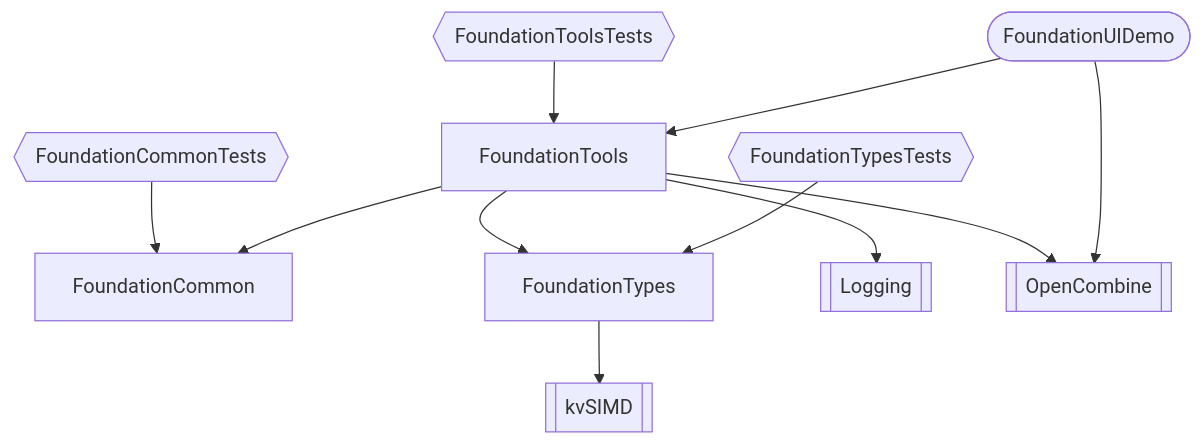
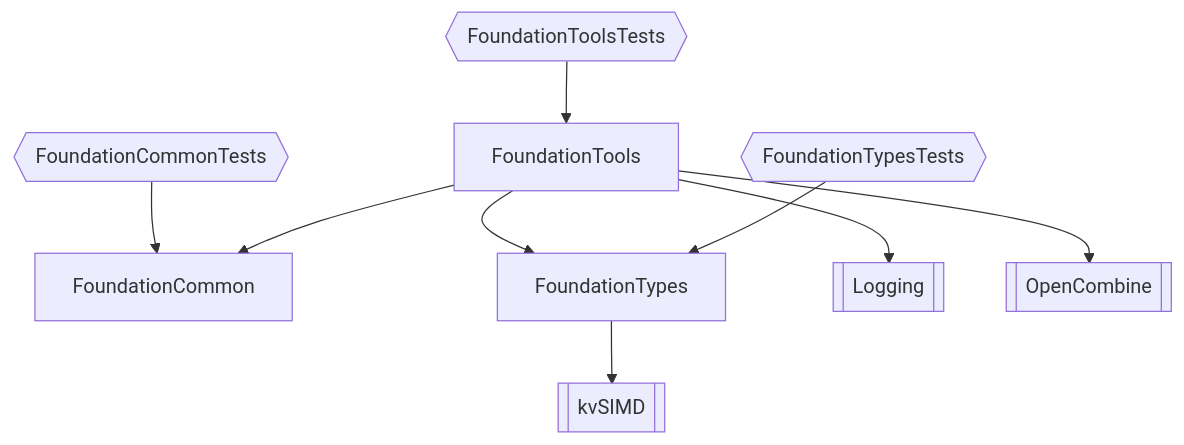
The diagram in readme.md (kopecn/spmFoundationTools), drawn with Mermaid before and after one commit. The commit also changed 8 other files, not shown here.

````diff
--- a/readme.md
+++ b/readme.md
@@ -8,14 +8,12 @@
 ```mermaid
 flowchart TD
     FoundationCommon
     FoundationCommonTests{{FoundationCommonTests}}-->FoundationCommon
     FoundationTools-->FoundationCommon
     FoundationTools-->FoundationTypes
     FoundationTools-->Logging[[Logging]]
     FoundationTools-->OpenCombine[[OpenCombine]]
     FoundationToolsTests{{FoundationToolsTests}}-->FoundationTools
     FoundationTypes-->kvSIMD[[kvSIMD]]
     FoundationTypesTests{{FoundationTypesTests}}-->FoundationTypes
-    FoundationUIDemo([FoundationUIDemo])-->FoundationTools
-    FoundationUIDemo([FoundationUIDemo])-->OpenCombine[[OpenCombine]]
 ```
````
